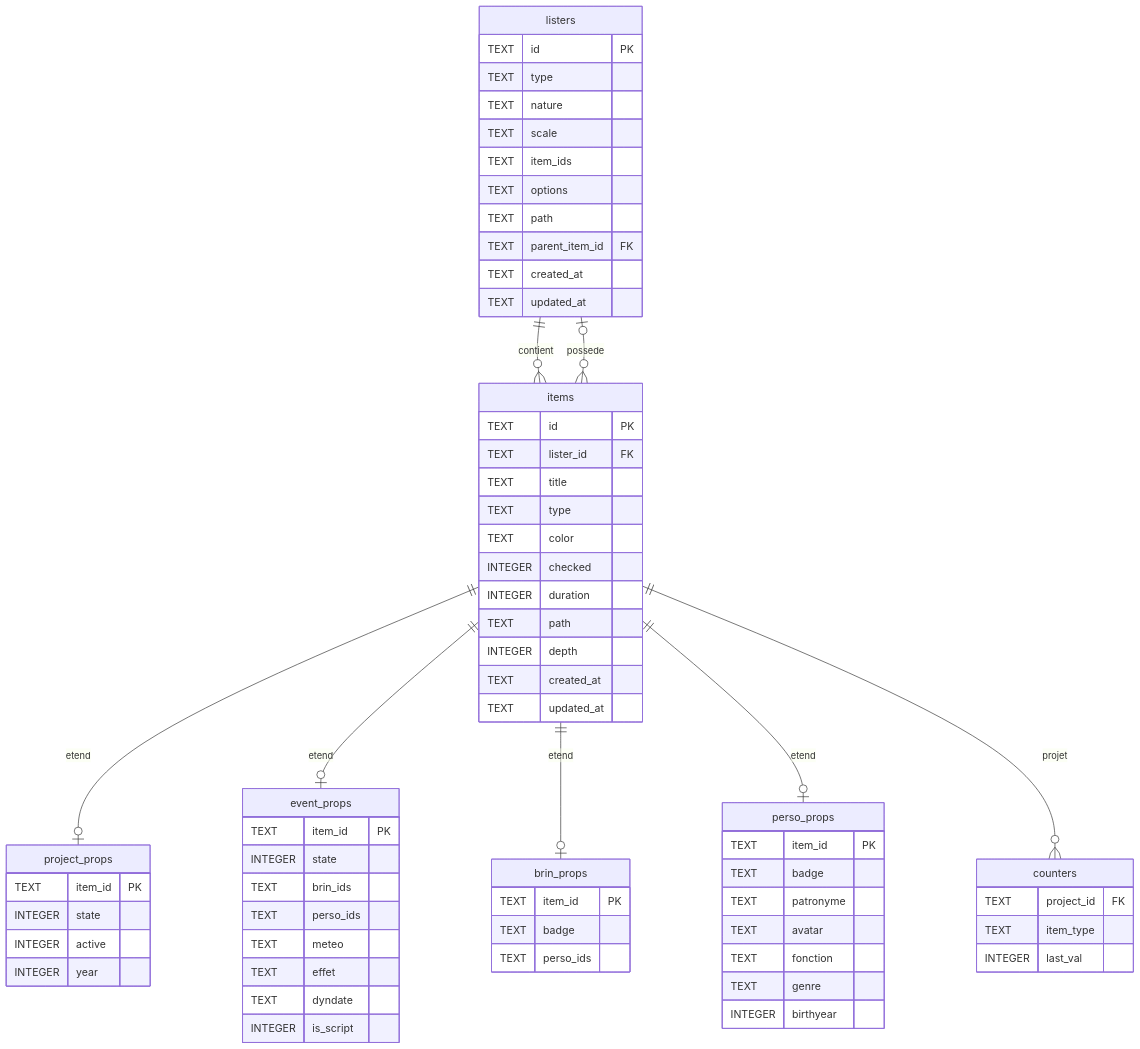
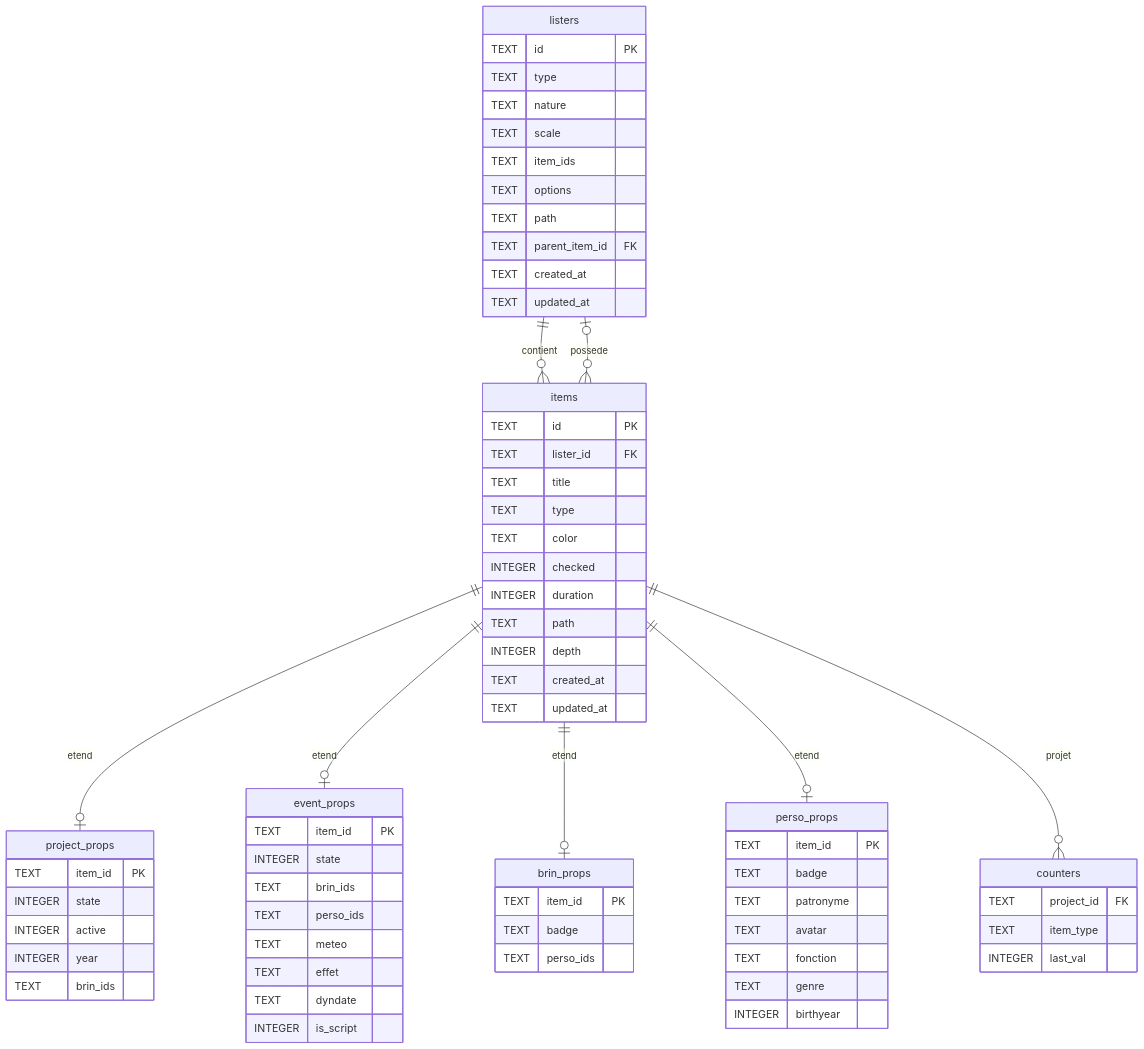
One commit to PhilippePerret/Eventer3 changed the diagram in dev/Schema-SQLite.md. Above: the diagram before and after it, drawn with Mermaid. The commit also changed 33 other files, not shown here.

````diff
--- a/dev/Schema-SQLite.md
+++ b/dev/Schema-SQLite.md
@@ -5,77 +5,78 @@
 ```mermaid
 erDiagram
     listers {
         TEXT id PK
         TEXT type
         TEXT nature
         TEXT scale
         TEXT item_ids
         TEXT options
         TEXT path
         TEXT parent_item_id FK
         TEXT created_at
         TEXT updated_at
     }
 
     items {
         TEXT id PK
         TEXT lister_id FK
         TEXT title
         TEXT type
         TEXT color
         INTEGER checked
         INTEGER duration
         TEXT path
         INTEGER depth
         TEXT created_at
         TEXT updated_at
     }
 
     project_props {
         TEXT item_id PK
         INTEGER state
         INTEGER active
         INTEGER year
+        TEXT brin_ids
     }
 
     event_props {
         TEXT item_id PK
         INTEGER state
         TEXT brin_ids
         TEXT perso_ids
         TEXT meteo
         TEXT effet
         TEXT dyndate
         INTEGER is_script
     }
 
     brin_props {
         TEXT item_id PK
         TEXT badge
         TEXT perso_ids
     }
 
     perso_props {
         TEXT item_id PK
         TEXT badge
         TEXT patronyme
         TEXT avatar
         TEXT fonction
         TEXT genre
         INTEGER birthyear
     }
 
     counters {
         TEXT project_id FK
         TEXT item_type
         INTEGER last_val
     }
 
     listers ||--o{ items : contient
     items }o--o| listers : possede
     items ||--o| project_props : etend
     items ||--o| event_props : etend
     items ||--o| brin_props : etend
     items ||--o| perso_props : etend
     items ||--o{ counters : projet
 ```
````
